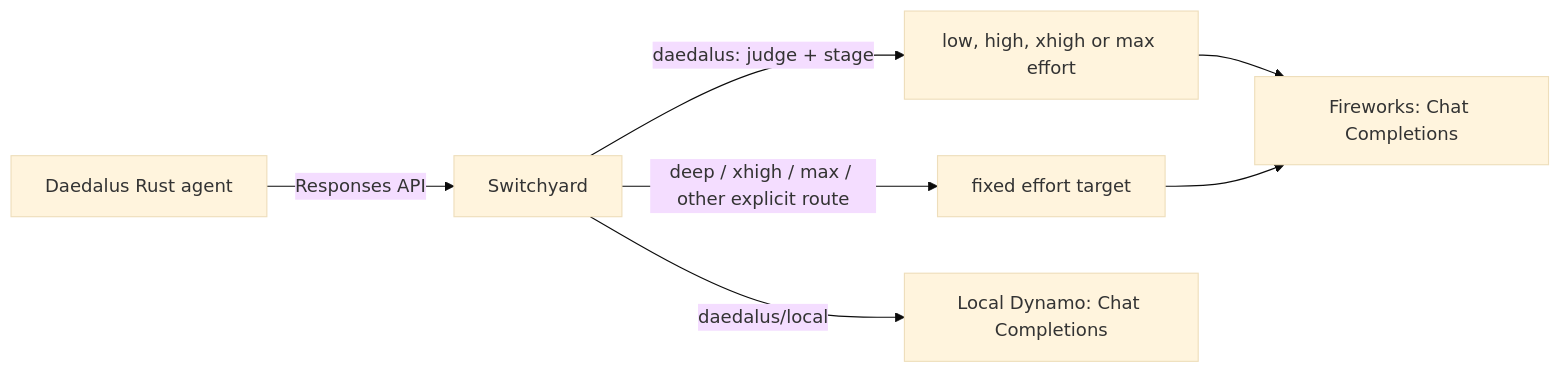
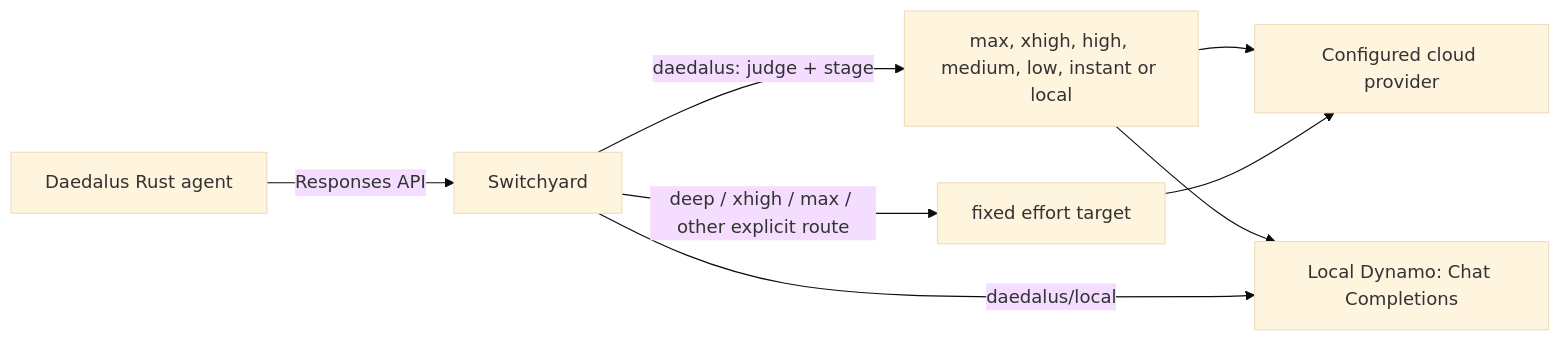
Before and after one commit to tuttlebr/daedalus-switchyard: the diagram in README.md, drawn with Mermaid (base theme). The commit also changed other lines of this file and 9 other files, not shown here.

````diff
--- a/README.md
+++ b/README.md
@@ -45,9 +53,10 @@
 ```mermaid
 flowchart LR
   A[Daedalus Rust agent] -->|Responses API| B[Switchyard]
-  B -->|daedalus: judge + stage| C[low, high, xhigh or max effort]
+  B -->|daedalus: judge + stage| C[max, xhigh, high, medium, low, instant or local]
   B -->|deep / xhigh / max / other explicit route| D[fixed effort target]
-  C --> E[Fireworks: Chat Completions]
+  C --> E[Configured cloud provider]
+  C --> F[Local Dynamo: Chat Completions]
   D --> E
-  B -->|daedalus/local| F[Local Dynamo: Chat Completions]
+  B -->|daedalus/local| F
 ```
````
